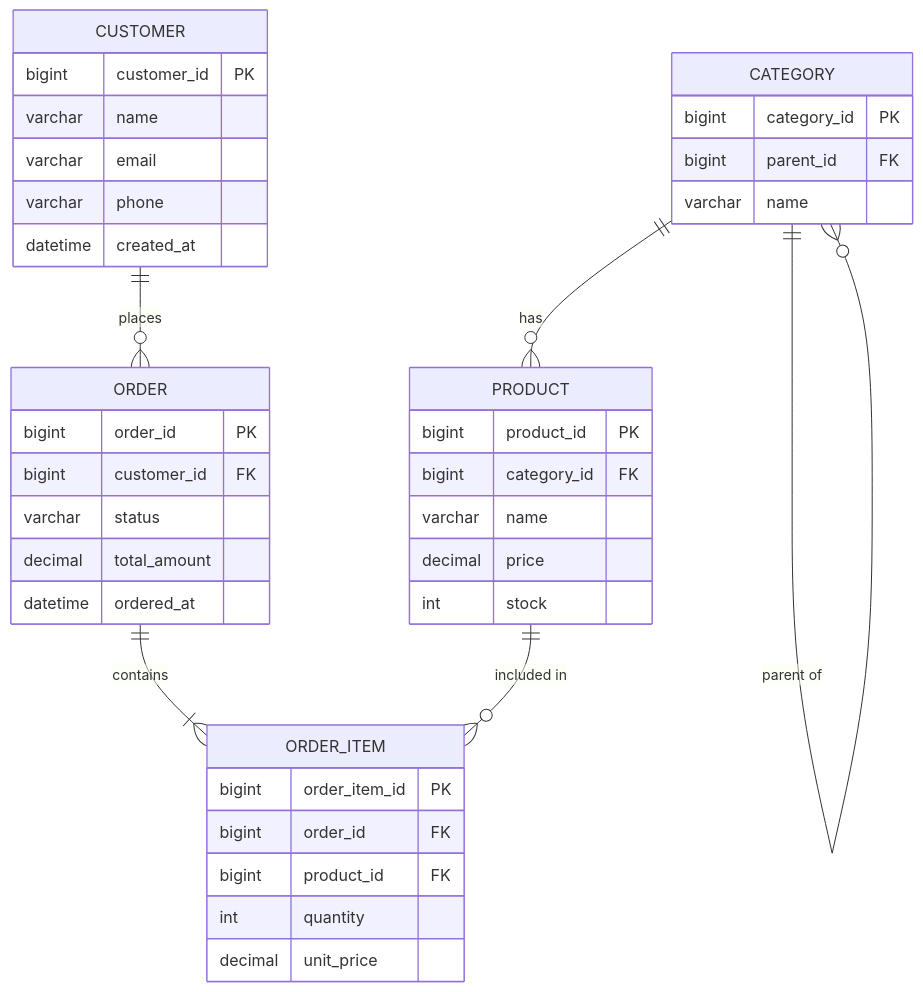
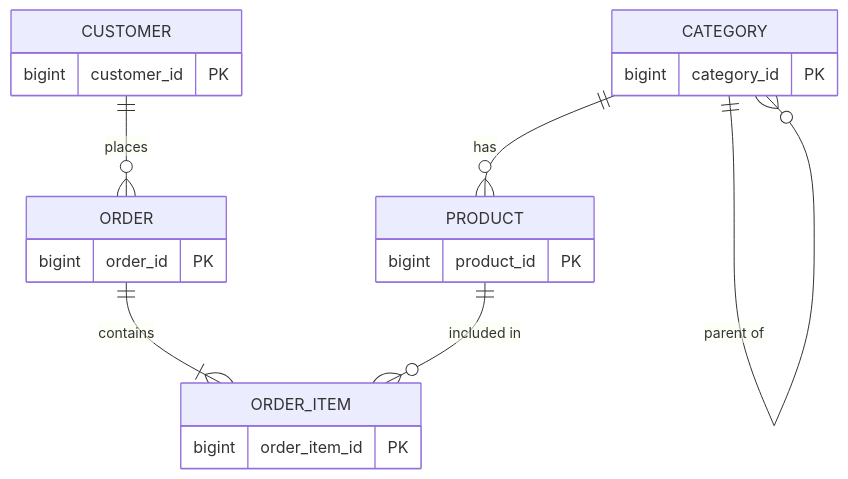
Before and after one commit to yjkim2015/yjkim2015.github.io: the second of 3 diagrams in _posts/db/2026-05-01-db-modeling.md, drawn with Mermaid. The commit also changed other lines of this file and 215 other files, not shown here.

First line of the commit message:
신규 포스트 10개 추가 + Mermaid 전면 축소 + SystemDesign 시리즈 보강

````diff
--- a/_posts/db/2026-05-01-db-modeling.md
+++ b/_posts/db/2026-05-01-db-modeling.md
@@ -63,42 +62,13 @@
 ```mermaid
 erDiagram
-    CUSTOMER {
-        bigint customer_id PK
-        varchar name
-        varchar email
-        varchar phone
-        datetime created_at
-    }
-    ORDER {
-        bigint order_id PK
-        bigint customer_id FK
-        varchar status
-        decimal total_amount
-        datetime ordered_at
-    }
-    ORDER_ITEM {
-        bigint order_item_id PK
-        bigint order_id FK
-        bigint product_id FK
-        int quantity
-        decimal unit_price
-    }
-    PRODUCT {
-        bigint product_id PK
-        bigint category_id FK
-        varchar name
-        decimal price
-        int stock
-    }
-    CATEGORY {
-        bigint category_id PK
-        bigint parent_id FK
-        varchar name
-    }
-
+    CUSTOMER { bigint customer_id PK }
+    ORDER { bigint order_id PK }
+    ORDER_ITEM { bigint order_item_id PK }
+    PRODUCT { bigint product_id PK }
+    CATEGORY { bigint category_id PK }
     CUSTOMER ||--o{ ORDER : "places"
     ORDER ||--|{ ORDER_ITEM : "contains"
     PRODUCT ||--o{ ORDER_ITEM : "included in"
     CATEGORY ||--o{ PRODUCT : "has"
     CATEGORY ||--o{ CATEGORY : "parent of"
 ```
````
